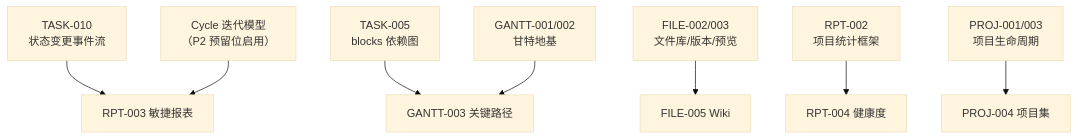
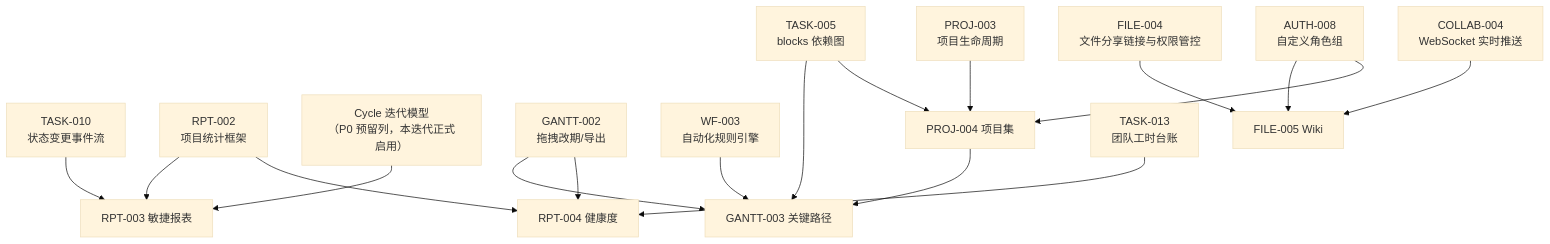
Before and after one commit to RabbitAI-Lab/RabbitProjects: the second of 2 diagrams in docs/sprint-9-enterprise-portfolio/sprint-overview.md, drawn with Mermaid (base theme). The commit also changed other lines of this file and 5 other files, not shown here.

````diff
--- a/docs/sprint-9-enterprise-portfolio/sprint-overview.md
+++ b/docs/sprint-9-enterprise-portfolio/sprint-overview.md
@@ -52,10 +56,19 @@
 ```mermaid
 flowchart TB
     T010["TASK-010<br/>状态变更事件流"] --> R3["RPT-003 敏捷报表"]
-    CYCLE["Cycle 迭代模型<br/>（P2 预留位启用）"] --> R3
+    R2["RPT-002<br/>项目统计框架"] --> R3
+    CYCLE["Cycle 迭代模型<br/>（P0 预留列，本迭代正式启用）"] --> R3
     T005["TASK-005<br/>blocks 依赖图"] --> G3["GANTT-003 关键路径"]
-    G1["GANTT-001/002<br/>甘特地基"] --> G3
-    F002["FILE-002/003<br/>文件库/版本/预览"] --> F5["FILE-005 Wiki"]
-    R2["RPT-002<br/>项目统计框架"] --> R4["RPT-004 健康度"]
-    P1["PROJ-001/003<br/>项目生命周期"] --> P4["PROJ-004 项目集"]
+    G2["GANTT-002<br/>拖拽改期/导出"] --> G3
+    W3["WF-003<br/>自动化规则引擎"] --> G3
+    PROJ4["PROJ-004 项目集"] --> G3
+    F4["FILE-004<br/>文件分享链接与权限管控"] --> F5["FILE-005 Wiki"]
+    A8["AUTH-008<br/>自定义角色组"] --> F5
+    C4["COLLAB-004<br/>WebSocket 实时推送"] --> F5
+    R2 --> R4["RPT-004 健康度"]
+    T13["TASK-013<br/>团队工时台账"] --> R4
+    G2 --> R4
+    PROJ3["PROJ-003<br/>项目生命周期"] --> PROJ4
+    T005 --> PROJ4
+    A8 --> PROJ4
 ```
````
